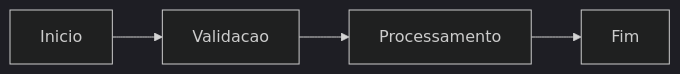
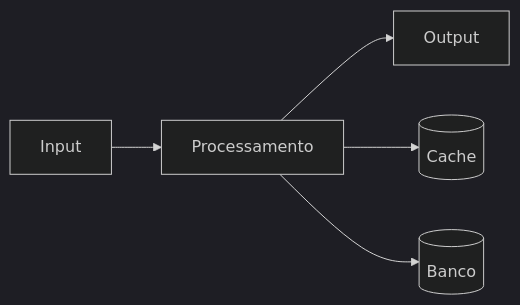
Before and after one commit to aleemerich/corp-kb-ai-benchmark: the diagram in 02-engenharia/runbooks/runbook-diagnostico-de-lentidao-0150.md, drawn with Mermaid (dark theme). The commit also changed other lines of this file and 10222 other files, not shown here.

````diff
--- a/02-engenharia/runbooks/runbook-diagnostico-de-lentidao-0150.md
+++ b/02-engenharia/runbooks/runbook-diagnostico-de-lentidao-0150.md
@@ -22,6 +15,7 @@
 ```mermaid
-flowchart LR
-    A[Inicio] --> B[Validacao]
-    B --> C[Processamento]
-    C --> D[Fim]
+graph LR
+    Input --> Process[Processamento]
+    Process --> Output
+    Process --> Cache[(Cache)]
+    Process --> DB[(Banco)]
 ```
````
